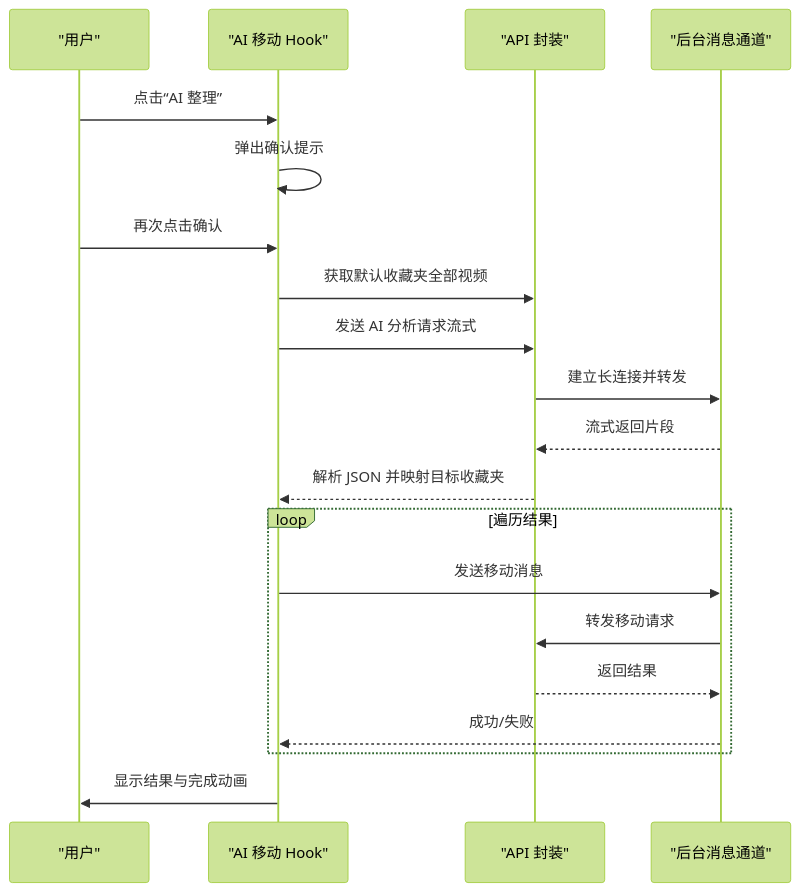
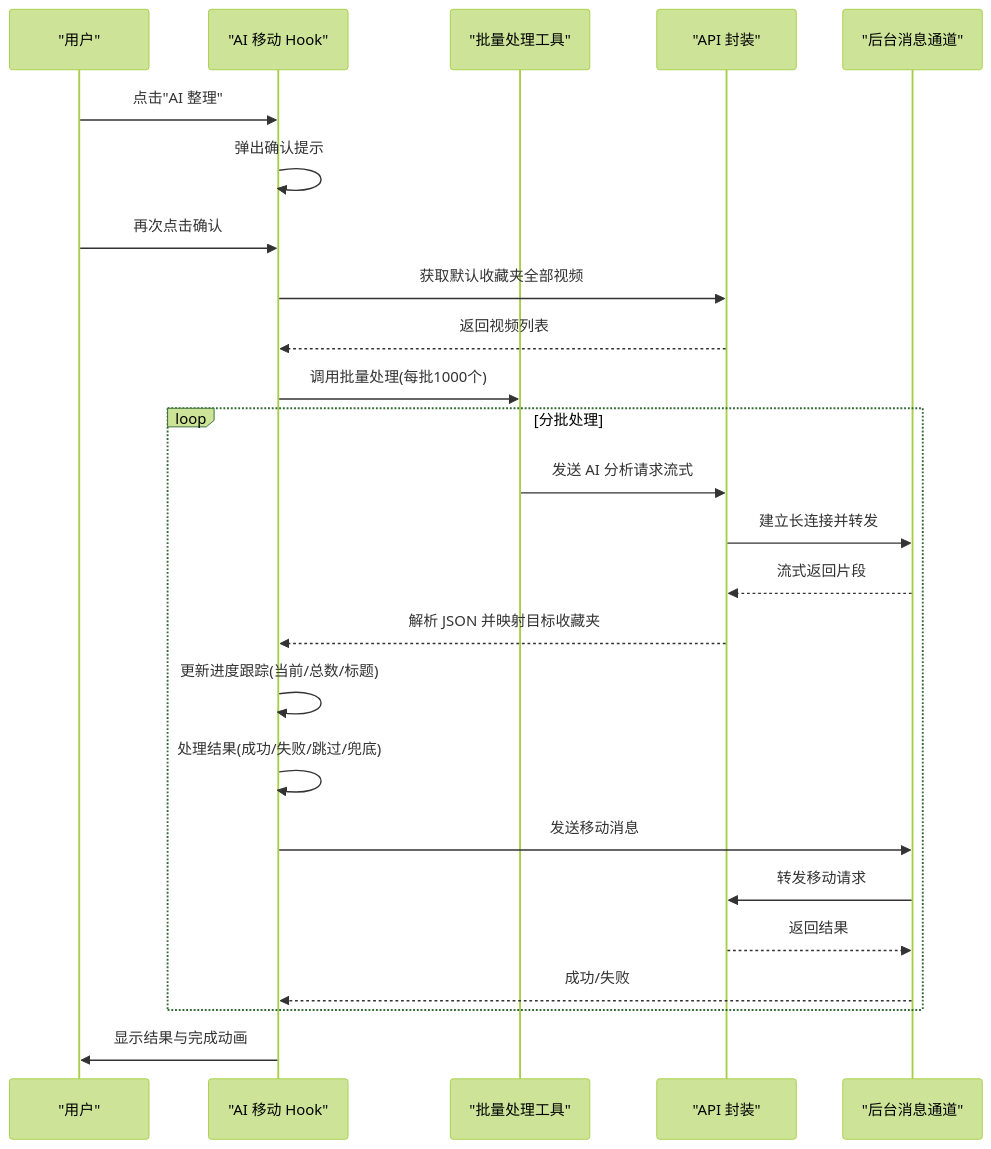
One commit to RadiumAg/bilibili-favorites changed the fifth of 7 diagrams in .qoder/repowiki/zh/content/核心功能模块/自动排序引擎.md. Above: the diagram before and after it, drawn with Mermaid (forest theme). The commit also changed other lines of this file and 27 other files, not shown here.

````diff
--- a/.qoder/repowiki/zh/content/核心功能模块/自动排序引擎.md
+++ b/.qoder/repowiki/zh/content/核心功能模块/自动排序引擎.md
@@ -271,22 +300,27 @@
 ```mermaid
 sequenceDiagram
 participant U as "用户"
 participant AIM as "AI 移动 Hook"
+participant BP as "批量处理工具"
 participant API as "API 封装"
 participant BG as "后台消息通道"
-U->>AIM : 点击“AI 整理”
+U->>AIM : 点击"AI 整理"
 AIM->>AIM : 弹出确认提示
 U->>AIM : 再次点击确认
 AIM->>API : 获取默认收藏夹全部视频
-AIM->>API : 发送 AI 分析请求流式
+API-->>AIM : 返回视频列表
+AIM->>BP : 调用批量处理(每批1000个)
+loop 分批处理
+BP->>API : 发送 AI 分析请求流式
 API->>BG : 建立长连接并转发
 BG-->>API : 流式返回片段
 API-->>AIM : 解析 JSON 并映射目标收藏夹
-loop 遍历结果
+AIM->>AIM : 更新进度跟踪(当前/总数/标题)
+AIM->>AIM : 处理结果(成功/失败/跳过/兜底)
 AIM->>BG : 发送移动消息
 BG->>API : 转发移动请求
 API-->>BG : 返回结果
 BG-->>AIM : 成功/失败
 end
 AIM->>U : 显示结果与完成动画
 ```
````
